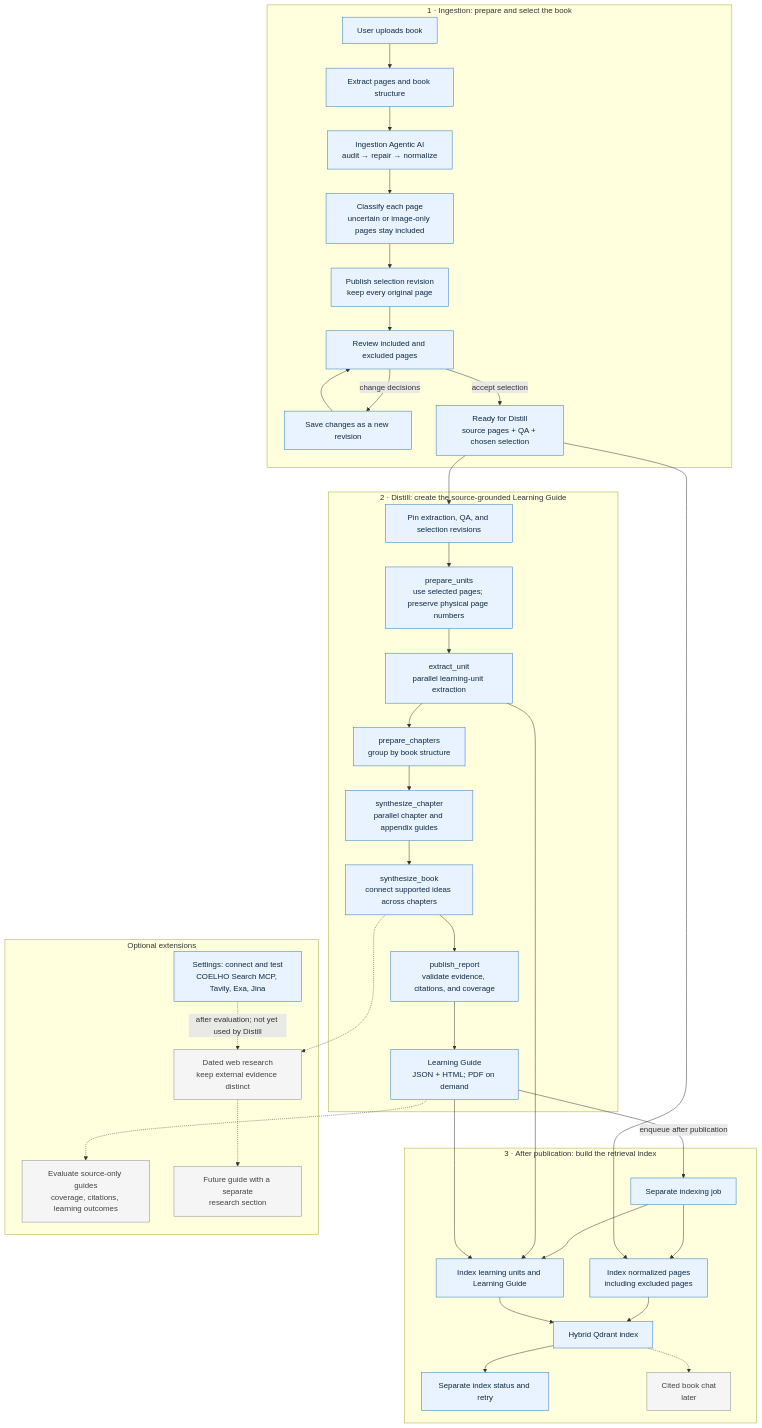
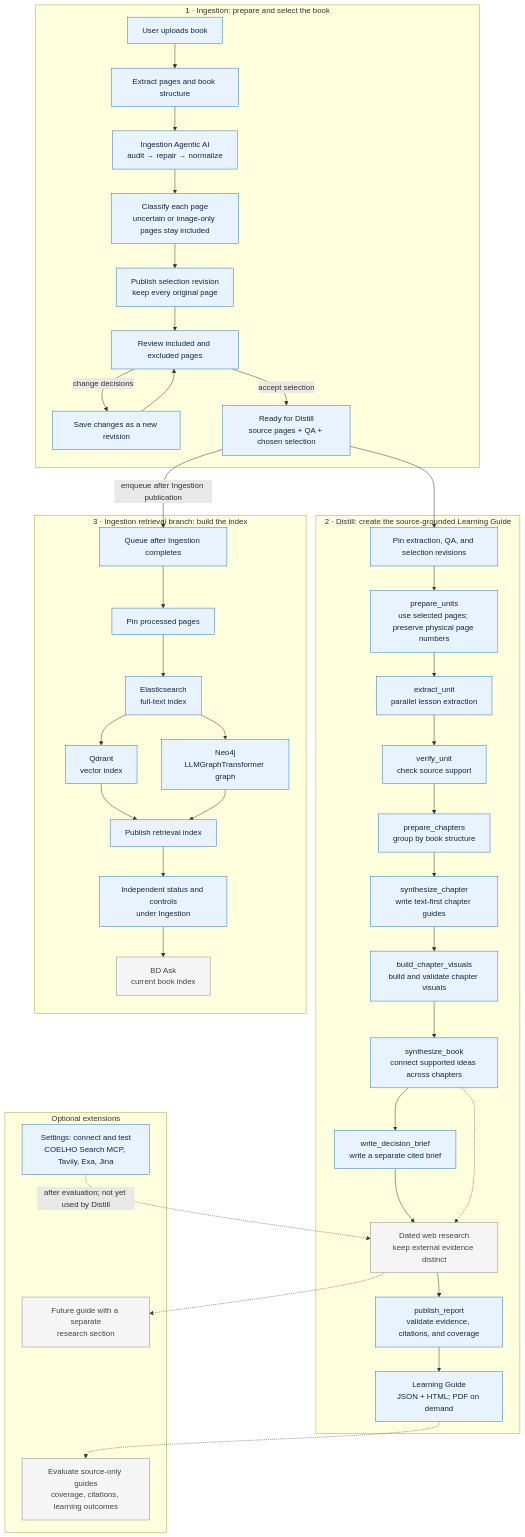
One commit to rafaelcoelho1409/COELHONexus changed the diagram in docs/BD-DISTILL-AGENTIC-AI-FLOWCHART.md. Above: the diagram before and after it, drawn with Mermaid. The commit also changed other lines of this file and 489 other files, not shown here.

````diff
--- a/docs/BD-DISTILL-AGENTIC-AI-FLOWCHART.md
+++ b/docs/BD-DISTILL-AGENTIC-AI-FLOWCHART.md
@@ -5,68 +5,73 @@
 ```mermaid
 flowchart TB
   subgraph ING["1 · Ingestion: prepare and select the book"]
     UP["User uploads book"]
     EXT["Extract pages and book structure"]
     QA["Ingestion Agentic AI<br/>audit → repair → normalize"]
     CLASS["Classify each page<br/>uncertain or image-only pages stay included"]
     MAN["Publish selection revision<br/>keep every original page"]
     REVIEW["Review included and excluded pages"]
     REV["Save changes as a new revision"]
     READY["Ready for Distill<br/>source pages + QA + chosen selection"]
 
     UP --> EXT --> QA --> CLASS --> MAN --> REVIEW
     REVIEW -->|"change decisions"| REV --> REVIEW
     REVIEW -->|"accept selection"| READY
   end
 
   subgraph DIS["2 · Distill: create the source-grounded Learning Guide"]
     PIN["Pin extraction, QA, and selection revisions"]
     PREP["prepare_units<br/>use selected pages; preserve physical page numbers"]
-    UNITS["extract_unit<br/>parallel learning-unit extraction"]
+    UNITS["extract_unit<br/>parallel lesson extraction"]
+    VERIFY["verify_unit<br/>check source support"]
     CHAPTERS["prepare_chapters<br/>group by book structure"]
-    SYNCH["synthesize_chapter<br/>parallel chapter and appendix guides"]
+    SYNCH["synthesize_chapter<br/>write text-first chapter guides"]
+    VISUALS["build_chapter_visuals<br/>build and validate chapter visuals"]
     SYNBOOK["synthesize_book<br/>connect supported ideas across chapters"]
+    BRIEF["write_decision_brief<br/>write a separate cited brief"]
+    RESEARCH["research_context<br/>optional, separately attributed context"]
     PUBLISH["publish_report<br/>validate evidence, citations, and coverage"]
     GUIDE["Learning Guide<br/>JSON + HTML; PDF on demand"]
 
-    PIN --> PREP --> UNITS --> CHAPTERS --> SYNCH --> SYNBOOK --> PUBLISH --> GUIDE
+    PIN --> PREP --> UNITS --> VERIFY --> CHAPTERS --> SYNCH --> VISUALS --> SYNBOOK --> BRIEF --> RESEARCH --> PUBLISH --> GUIDE
   end
 
   READY --> PIN
 
-  subgraph RAG["3 · After publication: build the retrieval index"]
-    QUEUE["Separate indexing job"]
-    BUILD["Index normalized pages<br/>including excluded pages"]
-    DERIVED["Index learning units and Learning Guide"]
-    QDRANT["Hybrid Qdrant index"]
-    STATUS["Separate index status and retry"]
-    CHAT["Cited book chat<br/>later"]
+  subgraph RAG["3 · Ingestion retrieval branch: build the index"]
+    QUEUE["Queue after Ingestion completes"]
+    BUILD["Pin processed pages"]
+    ES["Elasticsearch<br/>full-text index"]
+    QDRANT["Qdrant<br/>vector index"]
+    NEO4J["Neo4j<br/>LLMGraphTransformer graph"]
+    PUBLISH_RAG["Publish retrieval index"]
+    STATUS["Independent status and controls<br/>under Ingestion"]
+    CHAT["BD Ask<br/>current book index"]
 
-    QUEUE --> BUILD --> QDRANT
-    QUEUE --> DERIVED --> QDRANT
-    QDRANT --> STATUS
-    QDRANT -.-> CHAT
+    QUEUE --> BUILD --> ES
+    ES --> QDRANT
+    ES --> NEO4J
+    QDRANT --> PUBLISH_RAG
+    NEO4J --> PUBLISH_RAG
+    PUBLISH_RAG --> STATUS --> CHAT
   end
 
-  GUIDE -->|"enqueue after publication"| QUEUE
-  READY --> BUILD
-  UNITS --> DERIVED
-  GUIDE --> DERIVED
+  READY -->|"enqueue after Ingestion publication"| QUEUE
 
   subgraph LATER["Optional extensions"]
     SETTINGS["Settings: connect and test<br/>COELHO Search MCP, Tavily, Exa, Jina"]
     EVAL["Evaluate source-only guides<br/>coverage, citations, learning outcomes"]
     RESEARCH["Dated web research<br/>keep external evidence distinct"]
     FUTURE["Future guide with a separate<br/>research section"]
   end
 
   GUIDE -.-> EVAL
   SETTINGS -.->|"after evaluation; not yet used by Distill"| RESEARCH
   SYNBOOK -.-> RESEARCH
   RESEARCH -.-> FUTURE
 
   classDef current fill:#e8f3ff,stroke:#2878b8,color:#102a43
   classDef later fill:#f5f5f5,stroke:#8a8a8a,color:#444
-  class UP,EXT,QA,CLASS,MAN,REVIEW,REV,READY,PIN,PREP,UNITS,CHAPTERS,SYNCH,SYNBOOK,PUBLISH,GUIDE,QUEUE,BUILD,DERIVED,QDRANT,STATUS,SETTINGS current
+  class UP,EXT,QA,CLASS,MAN,REVIEW,REV,READY,PIN,PREP,UNITS,VERIFY,CHAPTERS,SYNCH,VISUALS,SYNBOOK,BRIEF,RESEARCH,PUBLISH,GUIDE,QUEUE,BUILD,ES,QDRANT,NEO4J,PUBLISH_RAG,STATUS,SETTINGS current
   class CHAT,EVAL,RESEARCH,FUTURE later
 ```
````
